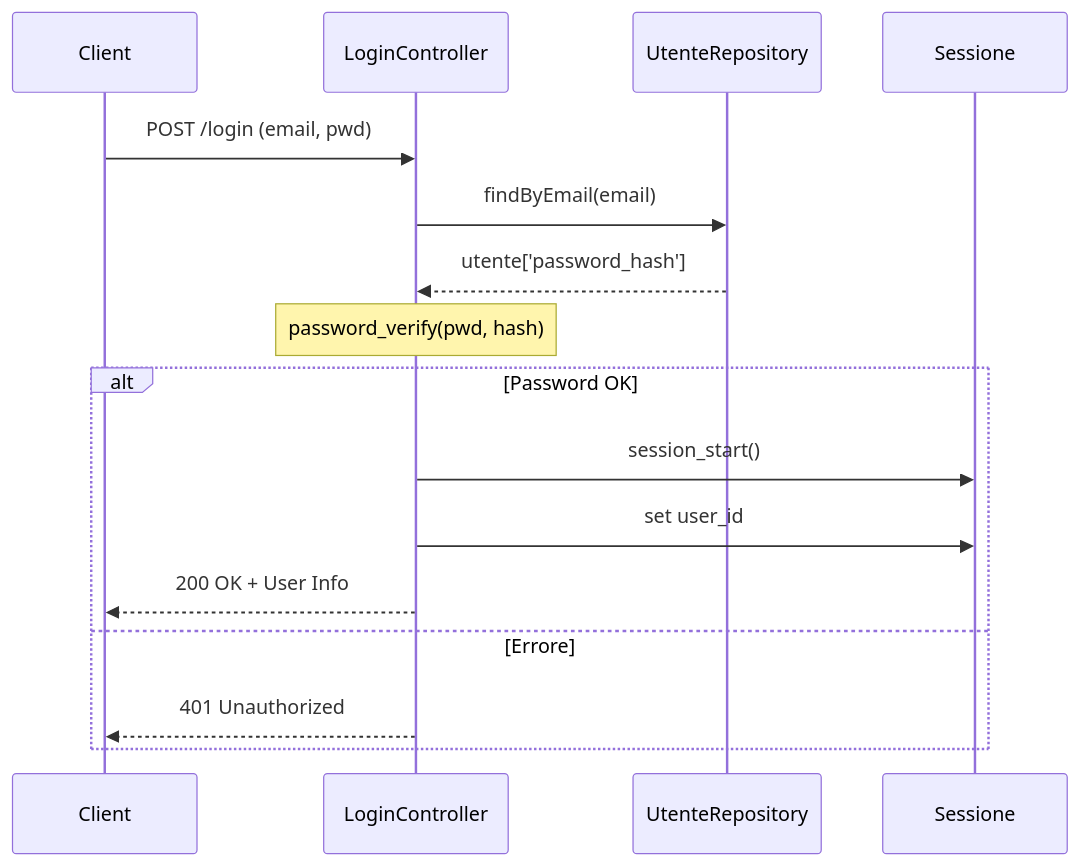
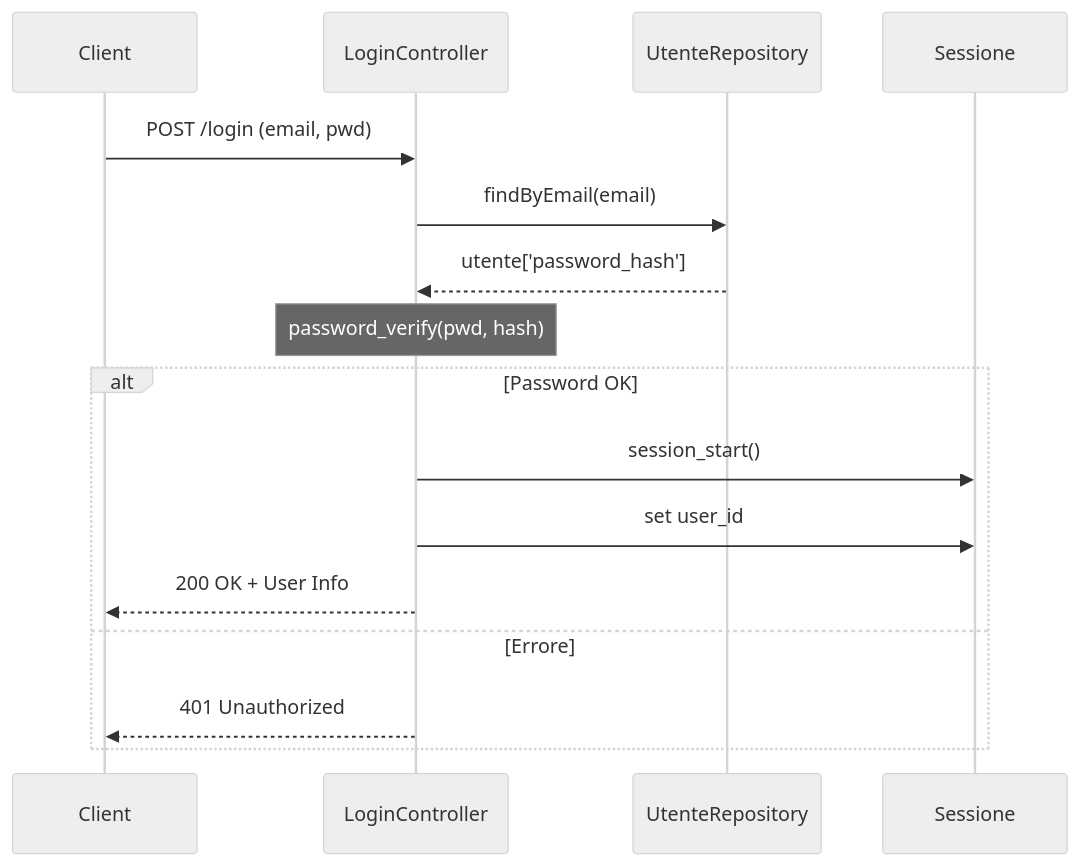
One commit to frankelfokou/Gestione-esami-universitari changed the seventh of 8 diagrams in README.md. Above: the diagram before and after it, drawn with Mermaid. The commit also changed other lines of this file, not shown here.

````diff
--- a/README.md
+++ b/README.md
@@ -855,19 +847,20 @@
 ```mermaid
+%%{init: {'theme': 'neutral'}}%%
 sequenceDiagram
     participant C as Client
     participant L as LoginController
     participant R as UtenteRepository
     participant S as Sessione
   
     C->>L: POST /login (email, pwd)
     L->>R: findByEmail(email)
     R-->>L: utente['password_hash']
     Note over L: password_verify(pwd, hash)
     alt Password OK
         L->>S: session_start()
         L->>S: set user_id
         L-->>C: 200 OK + User Info
     else Errore
         L-->>C: 401 Unauthorized
     end
 ```
````
